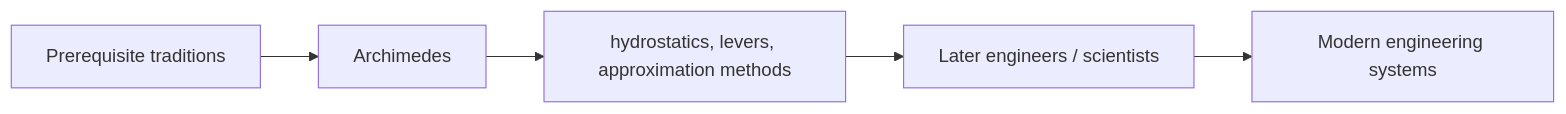
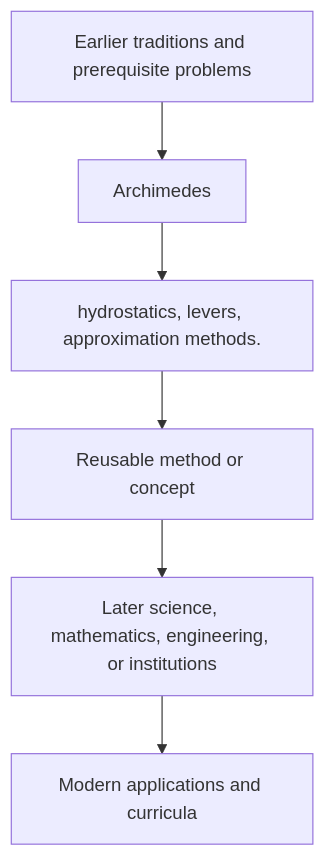
One commit to via-decide/ViaLogic changed the diagram in docs/history/archimedes/influence.md. Above: the diagram before and after it, drawn with Mermaid. The commit also changed other lines of this file and 858 other files, not shown here.

````diff
--- a/docs/history/archimedes/influence.md
+++ b/docs/history/archimedes/influence.md
@@ -29,7 +16,8 @@
 ```mermaid
-graph LR
-  prerequisites["Prerequisite traditions"] --> current["Archimedes"]
-  current --> contribution["hydrostatics, levers, approximation methods"]
-  contribution --> successors["Later engineers / scientists"]
-  successors --> modern["Modern engineering systems"]
+graph TD
+  Prior[Earlier traditions and prerequisite problems] --> Person[Archimedes]
+  Person --> Contribution[hydrostatics, levers, approximation methods.]
+  Contribution --> Method[Reusable method or concept]
+  Method --> Later[Later science, mathematics, engineering, or institutions]
+  Later --> Modern[Modern applications and curricula]
 ```
````
